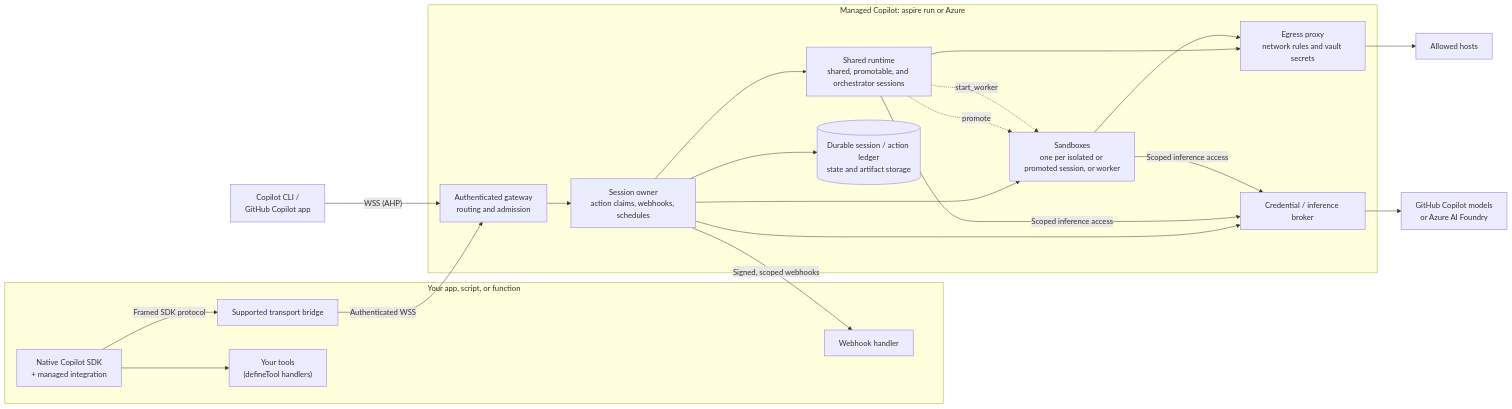
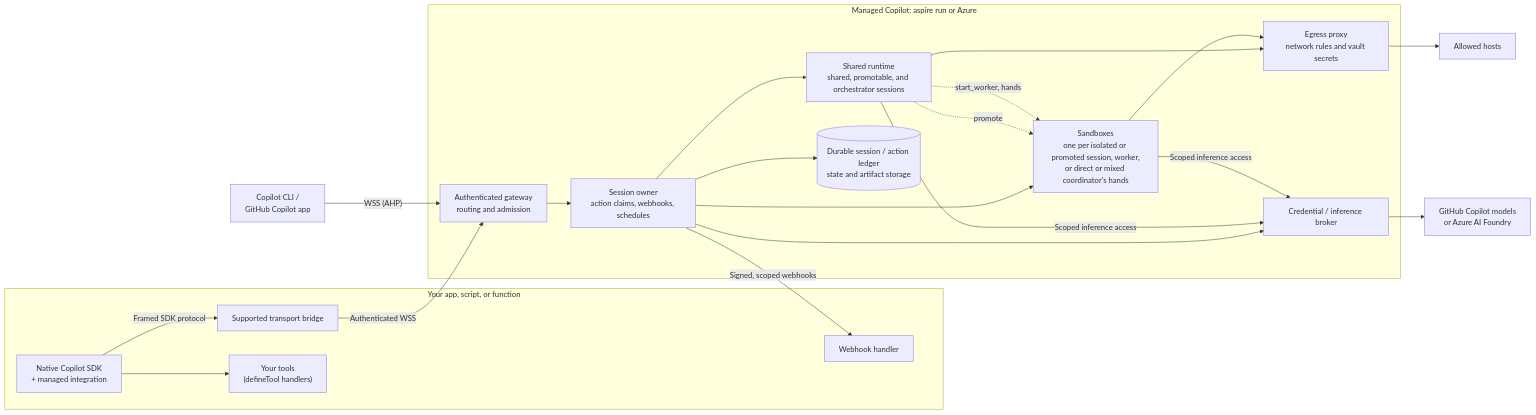
The diagram in docs/spec/developer-experience.md (patniko/managed-copilot-sdk), drawn with Mermaid before and after one commit. The commit also changed other lines of this file and 13 other files, not shown here.

````diff
--- a/docs/spec/developer-experience.md
+++ b/docs/spec/developer-experience.md
@@ -1535,39 +1539,39 @@
 ```mermaid
 flowchart LR
   subgraph App["Your app, script, or function"]
     SDK["Native Copilot SDK<br/>+ managed integration"]
     Bridge["Supported transport bridge"]
     Tools["Your tools<br/>(defineTool handlers)"]
     Hook["Webhook handler"]
   end
   CLI["Copilot CLI /<br/>GitHub Copilot app"]
   subgraph Platform["Managed Copilot: aspire run or Azure"]
     GW["Authenticated gateway<br/>routing and admission"]
     Owner["Session owner<br/>action claims, webhooks, schedules"]
     Identity["Credential / inference broker"]
     Shared["Shared runtime<br/>shared, promotable, and orchestrator sessions"]
-    Sbx["Sandboxes<br/>one per isolated or promoted session, or worker"]
+    Sbx["Sandboxes<br/>one per isolated or promoted session, worker,<br/>or direct or mixed coordinator's hands"]
     Egress["Egress proxy<br/>network rules and vault secrets"]
     Store[("Durable session / action ledger<br/>state and artifact storage")]
   end
   Models["GitHub Copilot models<br/>or Azure AI Foundry"]
   Web["Allowed hosts"]
   SDK -- "Framed SDK protocol" --> Bridge
   Bridge -- "Authenticated WSS" --> GW
   SDK --> Tools
   CLI -- "WSS (AHP)" --> GW
   GW --> Owner
   Owner -- "Signed, scoped webhooks" --> Hook
   Owner --> Shared
   Owner --> Sbx
   Owner --> Store
   Owner --> Identity
   Shared -. "promote" .-> Sbx
-  Shared -. "start_worker" .-> Sbx
+  Shared -. "start_worker, hands" .-> Sbx
   Shared --> Egress
   Sbx --> Egress
   Egress --> Web
   Shared -- "Scoped inference access" --> Identity
   Sbx -- "Scoped inference access" --> Identity
   Identity --> Models
 ```
````
